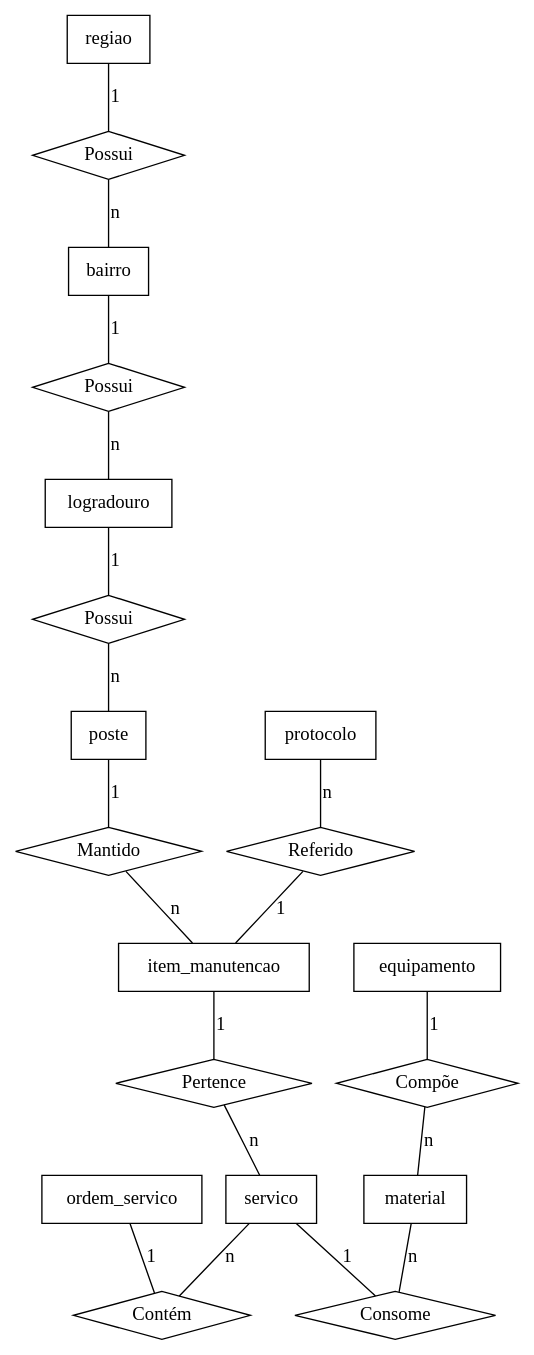
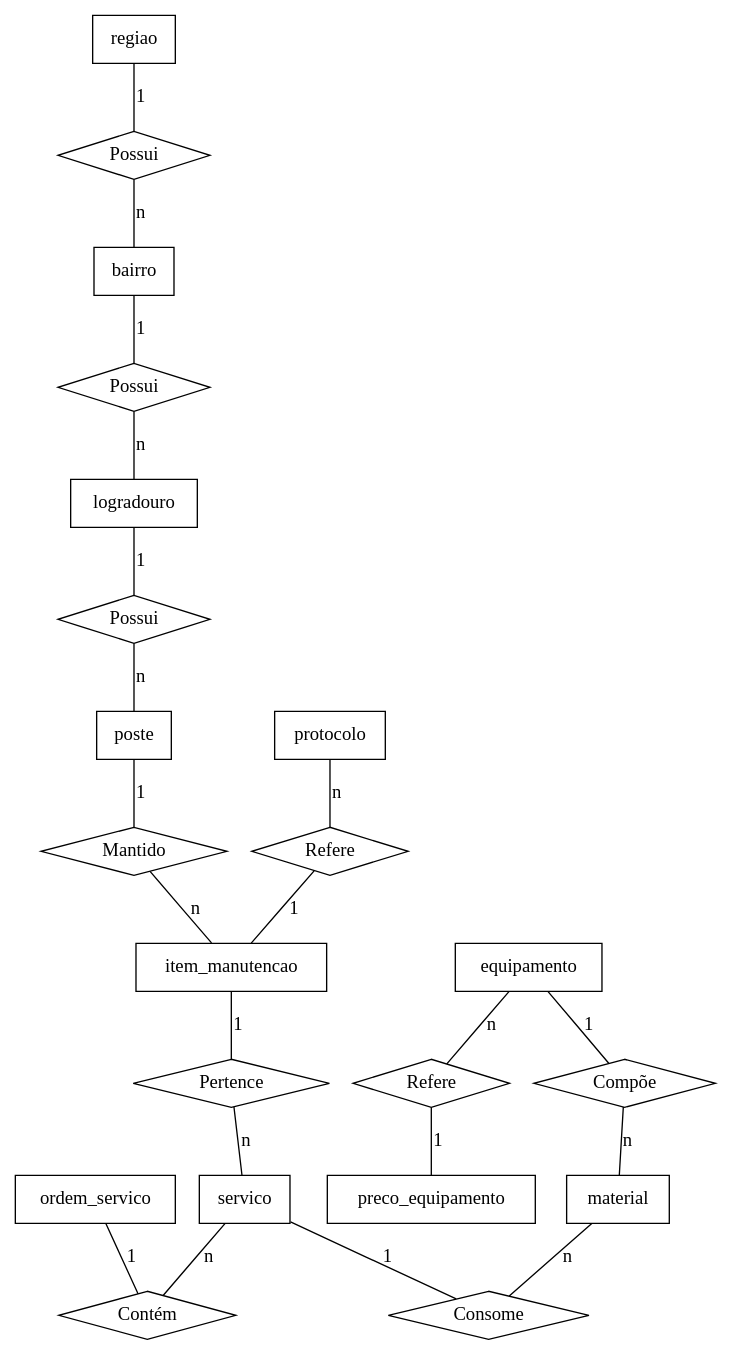
The diagram in etc/mer.dot (CidadeIluminada/TCCCidadeIluminada), drawn with Graphviz before and after one commit. The commit also changed 1 other file, not shown here.

Commit message:
Adiciona preco_equipamento ao modelo ref #35

```diff
--- a/etc/mer.dot
+++ b/etc/mer.dot
@@ -1,40 +1,44 @@
 // apt-get install graphviz
 graph ci_mer {
     node [shape=box]; regiao; bairro; logradouro; poste; protocolo;
         item_manutencao; ordem_servico; equipamento;
-        servico, material;
+        servico, material, preco_equipamento;
     node [shape=diamond]; r_b [label="Possui"]; b_l [label="Possui"];
-        l_pos [label="Possui"]; pro_im [label="Referido"];
+        l_pos [label="Possui"]; pro_im [label="Refere"];
         im_os [label="Pertence"]; os_im [label="Contém"];
         pos_im [label="Mantido"]; e_s [label="Compõe"]; s_e [label="Consome"];
+        e_h [label="Refere"];
 
     // Endereço
     regiao -- r_b [label="1"];
     r_b -- bairro [label="n"];
 
     bairro -- b_l [label="1"];
     b_l -- logradouro [label="n"];
 
     logradouro -- l_pos [label="1"];
     l_pos -- poste [label="n"];
 
     // Item manutenção e Ordem de serviço
     item_manutencao -- im_os [label="1"];
     ordem_servico -- os_im [label="1"];
     im_os -- servico -- os_im [label="n"];
 
     //
     protocolo -- pro_im [label="n"];
     pro_im -- item_manutencao [label="1"];
 
     poste -- pos_im [label="1"];
     pos_im -- item_manutencao [label="n"];
 
     // Equipamento
     equipamento -- e_s [label="1"];
     servico -- s_e [label="1"];
     e_s -- material -- s_e [label="n"];
 
+    equipamento -- e_h [label="n"];
+    e_h -- preco_equipamento [label="1"];
+
     //$ cat mer.dot | dot -Tsvg > mer.svg
     //$ cat mer.dot | dot -Tjpg > mer.jpg
 }
```
